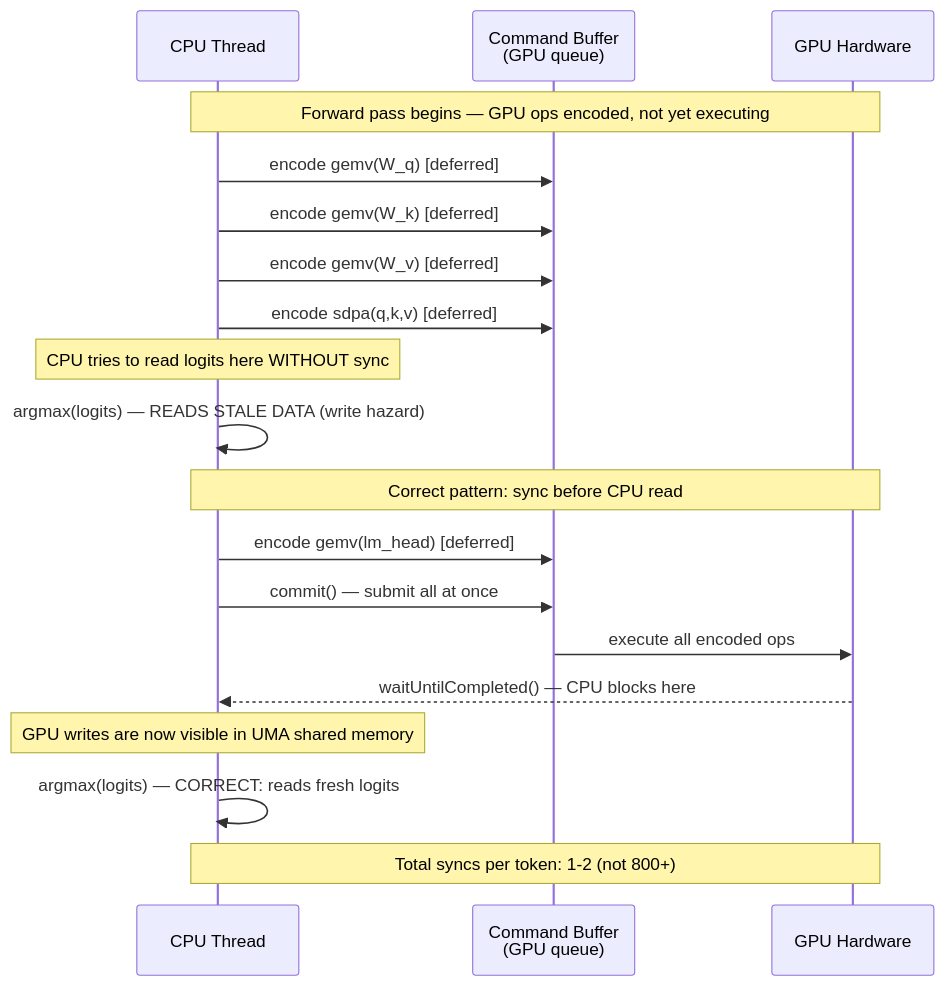
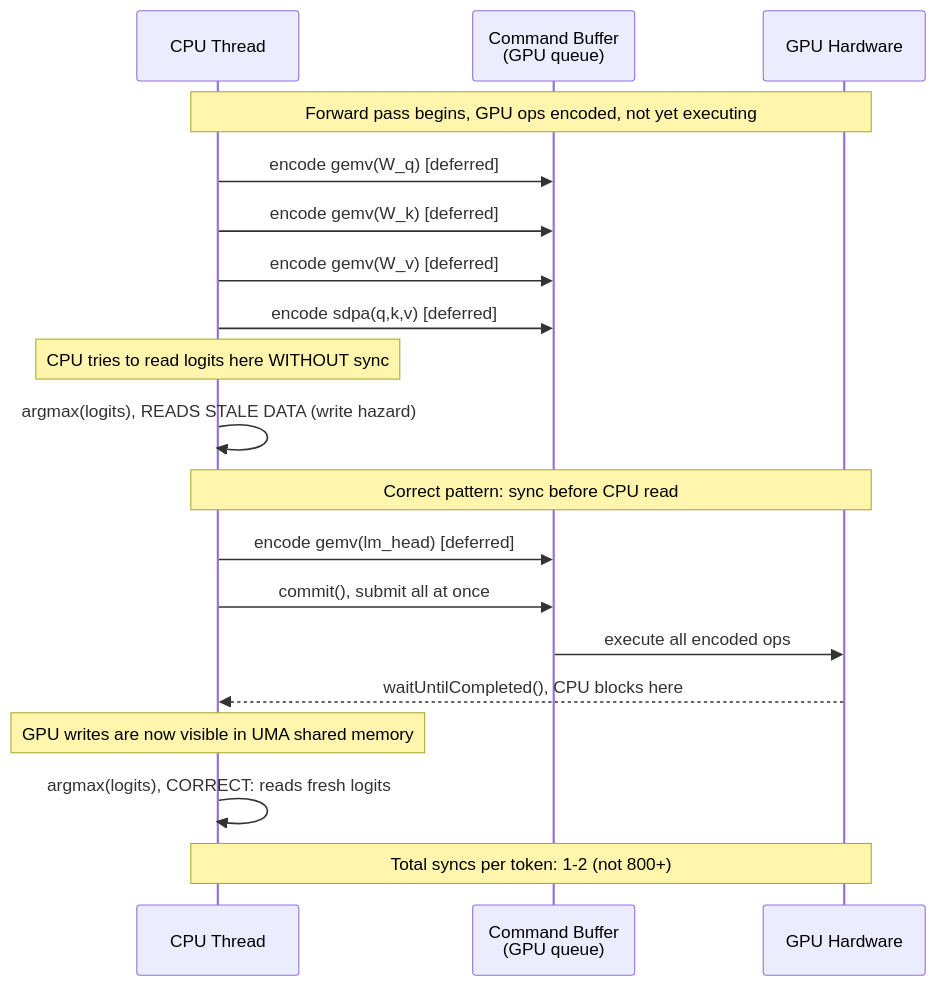
The fifth of 9 diagrams in docs/tutorial/11-metal-backend-internals.md (maci0/agave), drawn with Mermaid before and after one commit. The commit also changed other lines of this file and 196 other files, not shown here.

````diff
--- a/docs/tutorial/11-metal-backend-internals.md
+++ b/docs/tutorial/11-metal-backend-internals.md
@@ -383,27 +383,27 @@
 ```mermaid
 sequenceDiagram
     participant CPU as CPU Thread
     participant CMB as Command Buffer<br/>(GPU queue)
     participant GPU as GPU Hardware
 
-    Note over CPU,GPU: Forward pass begins — GPU ops encoded, not yet executing
+    Note over CPU,GPU: Forward pass begins, GPU ops encoded, not yet executing
 
     CPU->>CMB: encode gemv(W_q) [deferred]
     CPU->>CMB: encode gemv(W_k) [deferred]
     CPU->>CMB: encode gemv(W_v) [deferred]
     CPU->>CMB: encode sdpa(q,k,v) [deferred]
 
     Note over CPU: CPU tries to read logits here WITHOUT sync
-    CPU->>CPU: argmax(logits) — READS STALE DATA (write hazard)
+    CPU->>CPU: argmax(logits), READS STALE DATA (write hazard)
 
     Note over CPU,GPU: Correct pattern: sync before CPU read
 
     CPU->>CMB: encode gemv(lm_head) [deferred]
-    CPU->>CMB: commit() — submit all at once
+    CPU->>CMB: commit(), submit all at once
     CMB->>GPU: execute all encoded ops
-    GPU-->>CPU: waitUntilCompleted() — CPU blocks here
+    GPU-->>CPU: waitUntilCompleted(), CPU blocks here
     Note over CPU: GPU writes are now visible in UMA shared memory
-    CPU->>CPU: argmax(logits) — CORRECT: reads fresh logits
+    CPU->>CPU: argmax(logits), CORRECT: reads fresh logits
 
     Note over CPU,GPU: Total syncs per token: 1-2 (not 800+)
 ```
````
